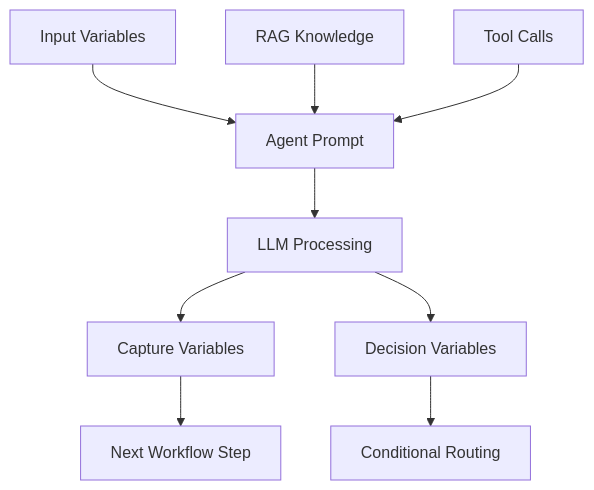
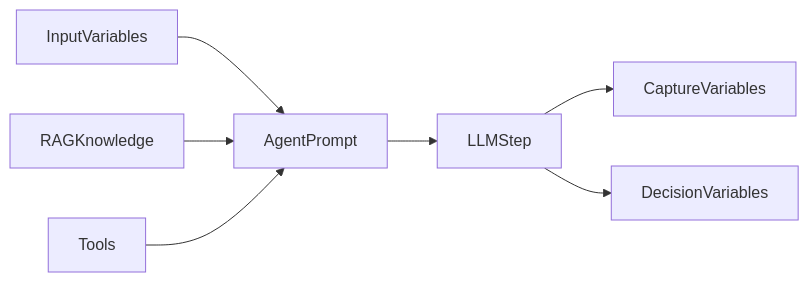
The diagram in graph-studio/agent-node.md (ashdeekonda/phinite-docs-c1), drawn with Mermaid before and after one commit. The commit also changed other lines of this file and 219 other files, not shown here.

````diff
--- a/graph-studio/agent-node.md
+++ b/graph-studio/agent-node.md
@@ -41,11 +28,17 @@
 ```mermaid
-graph TD
-    A[Input Variables] --> B[Agent Prompt]
-    C[RAG Knowledge] --> B
-    D[Tool Calls] --> B
-    B --> E[LLM Processing]
-    E --> F[Capture Variables]
-    E --> G[Decision Variables]
-    F --> H[Next Workflow Step]
-    G --> I[Conditional Routing]
+flowchart LR
+  input[InputVariables]
+  rag[RAGKnowledge]
+  tools[Tools]
+  prompt[AgentPrompt]
+  llm[LLMStep]
+  capture[CaptureVariables]
+  decision[DecisionVariables]
+
+  input --> prompt
+  rag --> prompt
+  tools --> prompt
+  prompt --> llm
+  llm --> capture
+  llm --> decision
 ```
````
